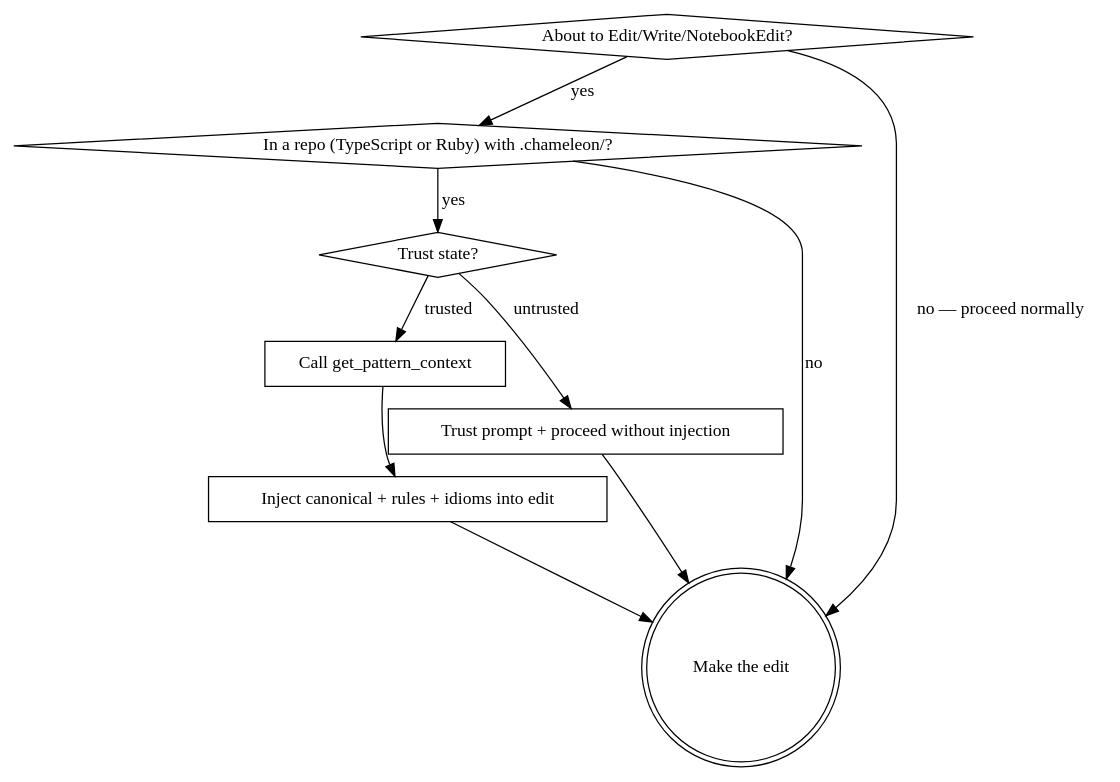
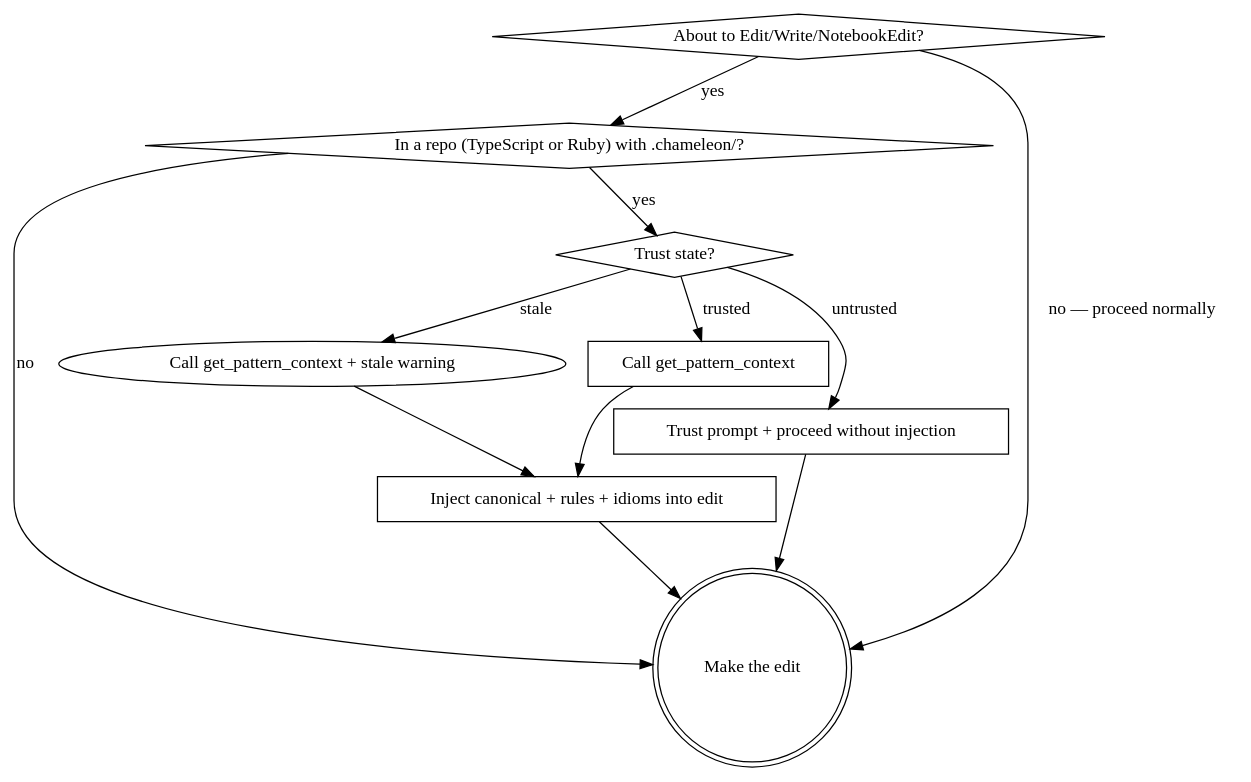
Before and after one commit to crisnahine/chameleon: the diagram in skills/using-chameleon/SKILL.md, drawn with Graphviz. The commit also changed other lines of this file and 25 other files, not shown here.

````diff
--- a/skills/using-chameleon/SKILL.md
+++ b/skills/using-chameleon/SKILL.md
@@ -53,21 +56,23 @@
 ```dot
 digraph using_chameleon {
     "About to Edit/Write/NotebookEdit?" [shape=diamond];
     "In a repo (TypeScript or Ruby) with .chameleon/?" [shape=diamond];
     "Trust state?" [shape=diamond];
     "Call get_pattern_context" [shape=box];
     "Trust prompt + proceed without injection" [shape=box];
     "Inject canonical + rules + idioms into edit" [shape=box];
     "Make the edit" [shape=doublecircle];
 
     "About to Edit/Write/NotebookEdit?" -> "In a repo (TypeScript or Ruby) with .chameleon/?" [label="yes"];
     "About to Edit/Write/NotebookEdit?" -> "Make the edit" [label="no — proceed normally"];
     "In a repo (TypeScript or Ruby) with .chameleon/?" -> "Make the edit" [label="no"];
     "In a repo (TypeScript or Ruby) with .chameleon/?" -> "Trust state?" [label="yes"];
     "Trust state?" -> "Trust prompt + proceed without injection" [label="untrusted"];
+    "Trust state?" -> "Call get_pattern_context + stale warning" [label="stale"];
     "Trust state?" -> "Call get_pattern_context" [label="trusted"];
     "Trust prompt + proceed without injection" -> "Make the edit";
+    "Call get_pattern_context + stale warning" -> "Inject canonical + rules + idioms into edit";
     "Call get_pattern_context" -> "Inject canonical + rules + idioms into edit";
     "Inject canonical + rules + idioms into edit" -> "Make the edit";
 }
 ```
````
